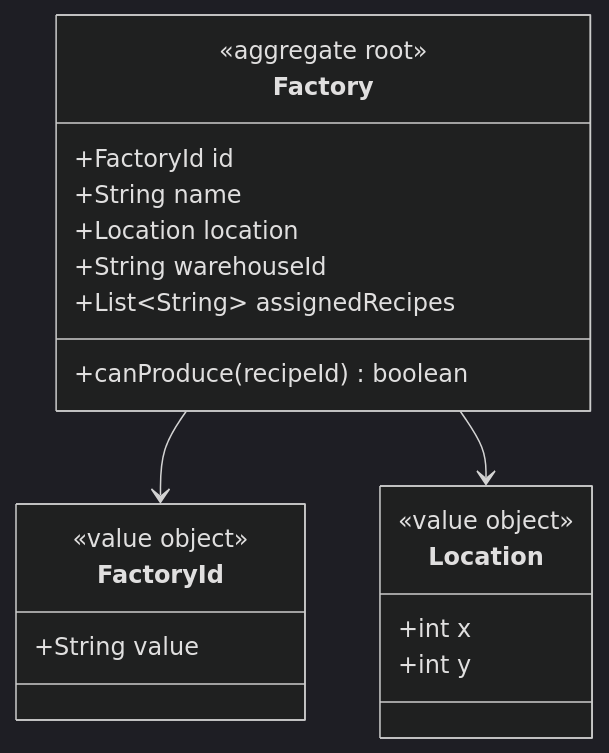
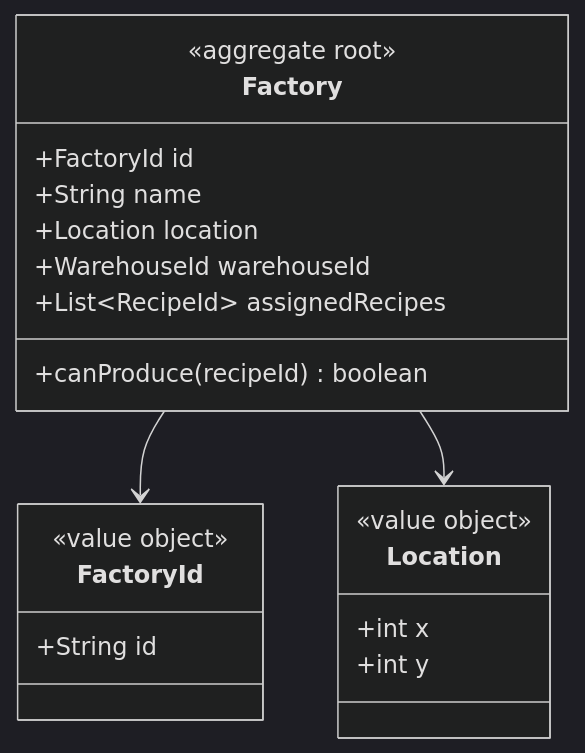
One commit to PauLopNun/workshop-suministros changed the first of 6 diagrams in production/ddd.md. Above: the diagram before and after it, drawn with Mermaid (dark theme). The commit also changed other lines of this file, not shown here.

````diff
--- a/production/ddd.md
+++ b/production/ddd.md
@@ -9,23 +9,23 @@
 ```mermaid
 classDiagram
     class Factory {
         <<aggregate root>>
         +FactoryId id
         +String name
         +Location location
-        +String warehouseId
-        +List~String~ assignedRecipes
+        +WarehouseId warehouseId
+        +List~RecipeId~ assignedRecipes
         +canProduce(recipeId) boolean
     }
     class FactoryId {
         <<value object>>
-        +String value
+        +String id
     }
     class Location {
         <<value object>>
         +int x
         +int y
     }
     Factory --> FactoryId
     Factory --> Location
 ```
````
